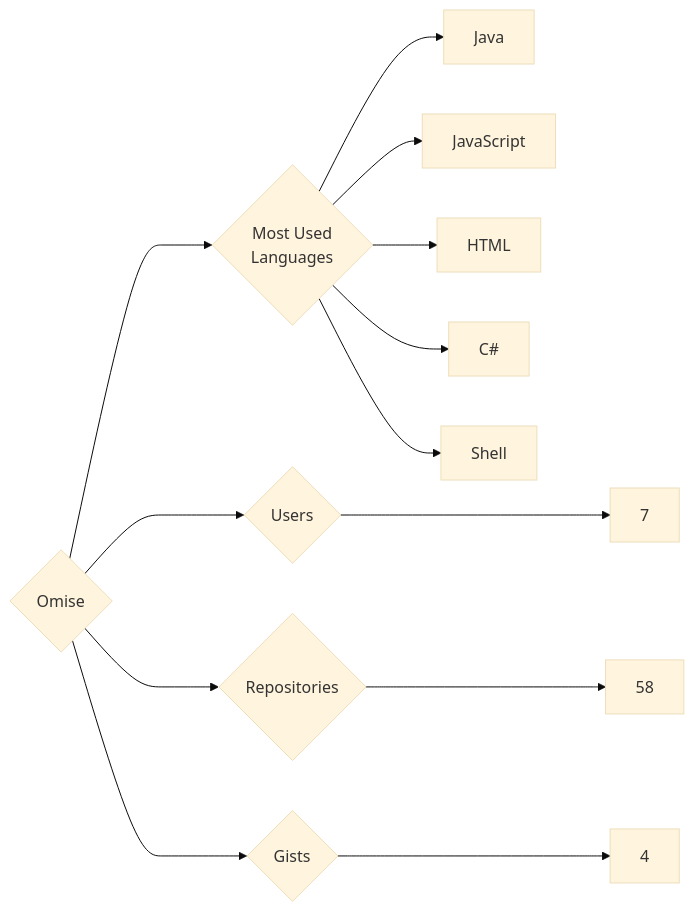
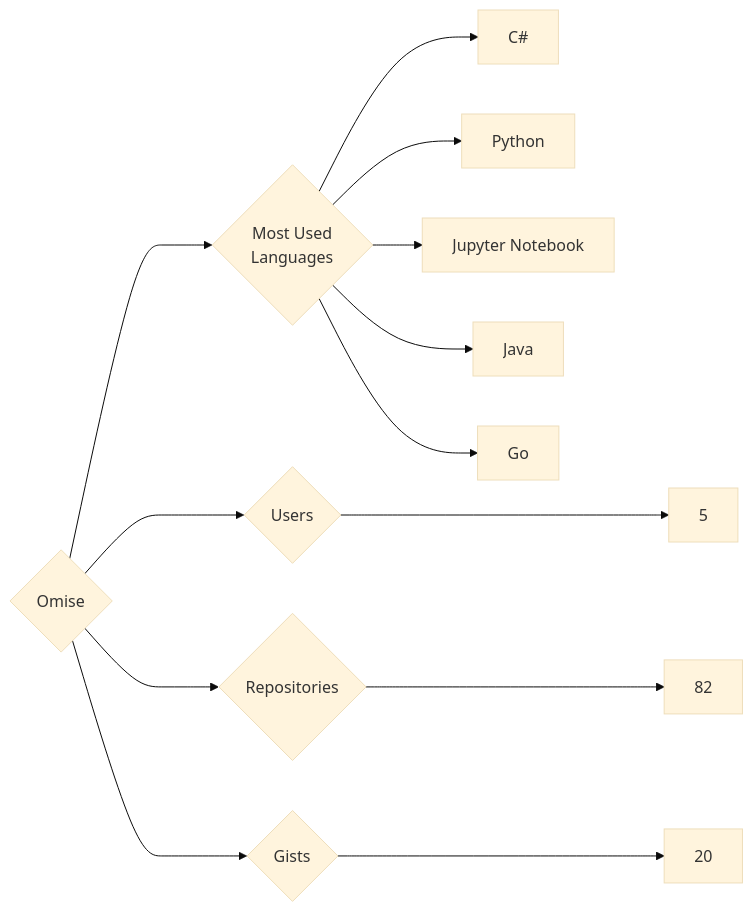
Before and after one commit to trickest/insiders: the diagram in targets/Omise/README.md, drawn with Mermaid (base theme). The commit also changed 903 other files, not shown here.

````diff
--- a/targets/Omise/README.md
+++ b/targets/Omise/README.md
@@ -3,13 +3,13 @@
 ```mermaid
 graph LR
 COMPANY_NAME{Omise}
-COMPANY_NAME ---> U{Users} ---> UN[7]
-COMPANY_NAME ---> R{Repositories} ---> RN[58]
-COMPANY_NAME ---> G{Gists} ---> GN[4]
+COMPANY_NAME ---> U{Users} ---> UN[5]
+COMPANY_NAME ---> R{Repositories} ---> RN[82]
+COMPANY_NAME ---> G{Gists} ---> GN[20]
 COMPANY_NAME ---> ML{Most Used<br>Languages}
+ML --> C#[C#]
+ML --> Python[Python]
+ML --> Jupyter_Notebook[Jupyter Notebook]
 ML --> Java[Java]
-ML --> JavaScript[JavaScript]
-ML --> HTML[HTML]
-ML --> C#[C#]
-ML --> Shell[Shell]
+ML --> Go[Go]
 ```
````
